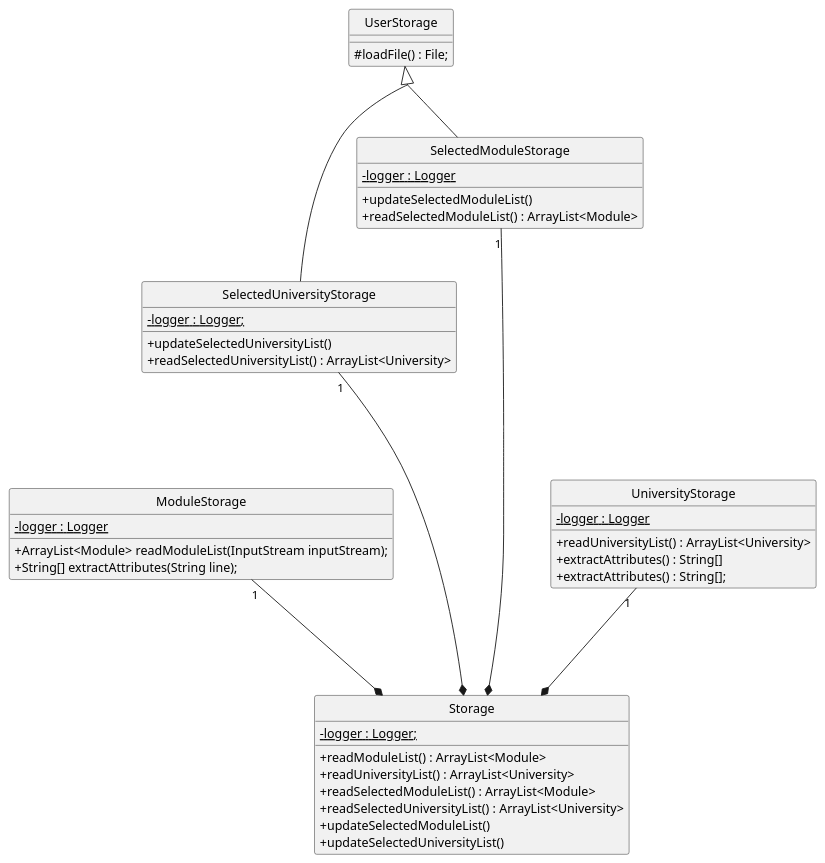
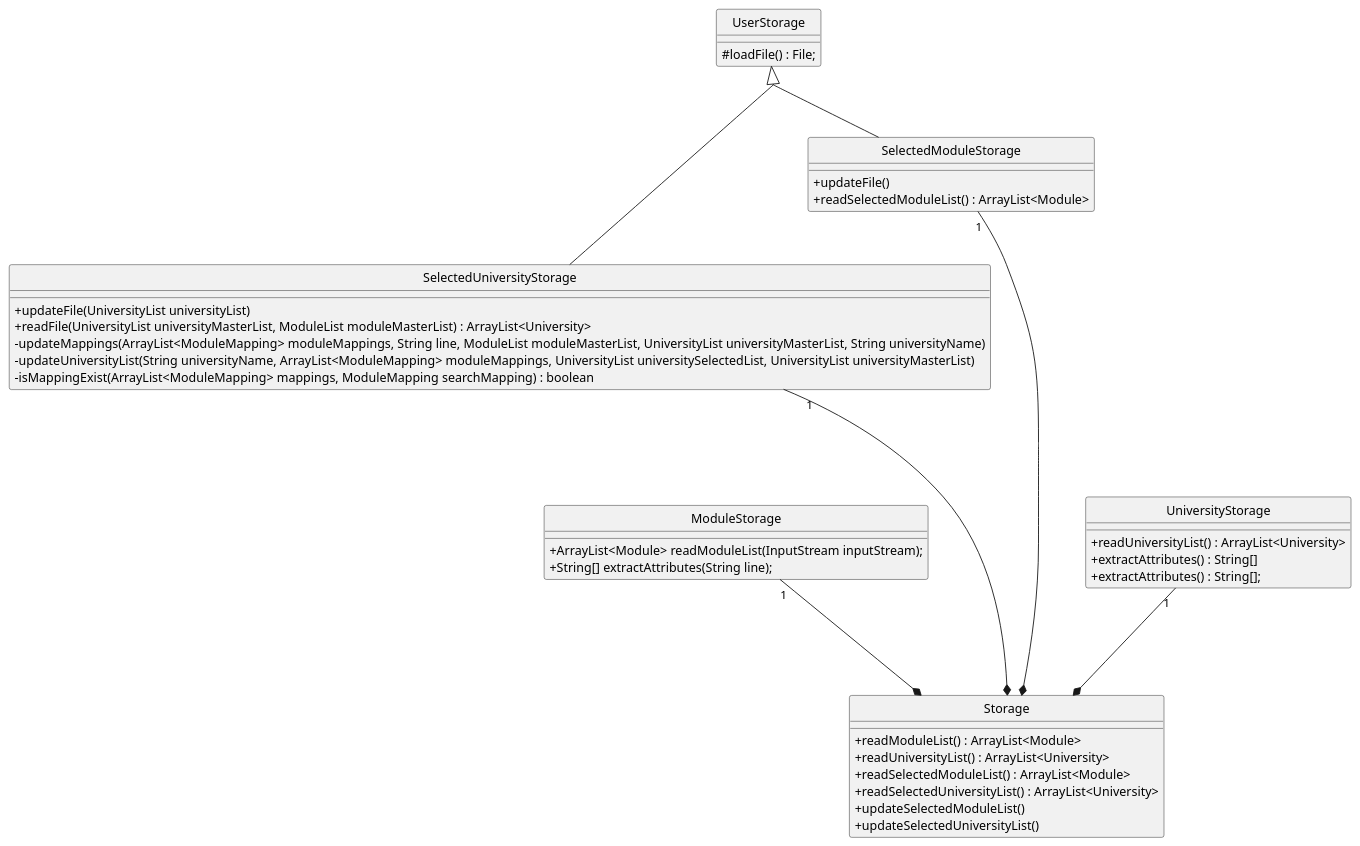
Before and after one commit to nus-cs2113-AY2122S1/tp: the diagram in docs/umls/storage.puml, drawn with PlantUML. The commit also changed 7 other files, not shown here.

```diff
--- a/docs/umls/storage.puml
+++ b/docs/umls/storage.puml
@@ -1,43 +1,39 @@
 @startuml
 hide circle
 skinparam classAttributeIconSize 0
 skinparam groupInheritance 2
 
 ModuleStorage "1" ---* Storage
-    ModuleStorage : - {static} logger : Logger
-
     ModuleStorage : + ArrayList<Module> readModuleList(InputStream inputStream);
     ModuleStorage : + String[] extractAttributes(String line);
 
 UserStorage <|-- SelectedUniversityStorage
 SelectedUniversityStorage "1" -----* Storage
-    SelectedUniversityStorage : - {static} logger : Logger;
-    SelectedUniversityStorage : + updateSelectedUniversityList()
-    SelectedUniversityStorage : + readSelectedUniversityList() : ArrayList<University>
+    SelectedUniversityStorage : + updateFile(UniversityList universityList)
+    SelectedUniversityStorage : + readFile(UniversityList universityMasterList, ModuleList moduleMasterList) : ArrayList<University>
+    SelectedUniversityStorage : - updateMappings(ArrayList<ModuleMapping> moduleMappings, String line, ModuleList moduleMasterList, UniversityList universityMasterList, String universityName)
+    SelectedUniversityStorage : - updateUniversityList(String universityName, ArrayList<ModuleMapping> moduleMappings, UniversityList universitySelectedList, UniversityList universityMasterList)
+    SelectedUniversityStorage : - isMappingExist(ArrayList<ModuleMapping> mappings, ModuleMapping searchMapping) : boolean
 
 UserStorage <|-- SelectedModuleStorage
 SelectedModuleStorage "1" ------* Storage
-     SelectedModuleStorage : - {static} logger : Logger
-     SelectedModuleStorage : + updateSelectedModuleList()
+     SelectedModuleStorage : + updateFile()
      SelectedModuleStorage : + readSelectedModuleList() : ArrayList<Module>
 
 UniversityStorage "1" ---* Storage
-    UniversityStorage : - {static} logger : Logger
     UniversityStorage : + readUniversityList() : ArrayList<University>
     UniversityStorage : + extractAttributes() : String[]
     UniversityStorage : + extractAttributes() : String[];
 
 class UserStorage {
     # loadFile() : File;
 }
 class Storage {
-    - {static} logger : Logger;
-
     + readModuleList() : ArrayList<Module>
     + readUniversityList() : ArrayList<University>
     + readSelectedModuleList() : ArrayList<Module>
     + readSelectedUniversityList() : ArrayList<University>
     + updateSelectedModuleList()
     + updateSelectedUniversityList()
 }
 @enduml
```
